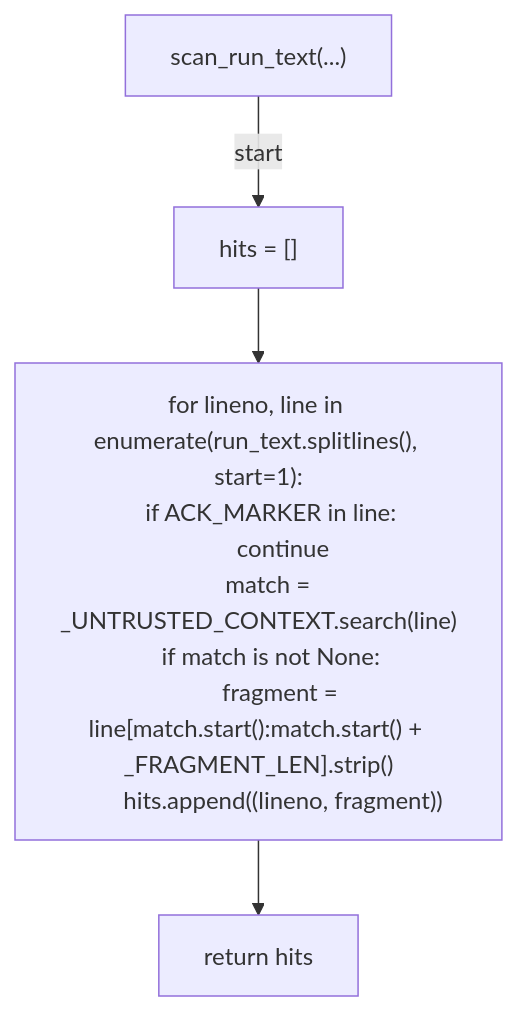
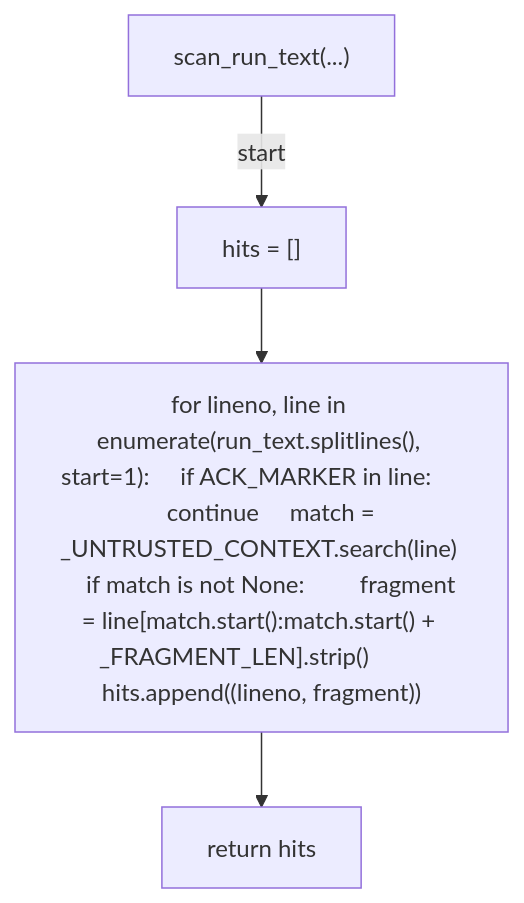
Before and after one commit to tvna/claude-md: the third of 6 diagrams in docs/generated/scripts/ast/scan_workflow_injection.md, drawn with Mermaid. The commit also changed other lines of this file and 23 other files, not shown here.

First line of the commit message:
docs(generated): regenerate decision tree and workflow diagrams (batch 4/5)

````diff
--- a/docs/generated/scripts/ast/scan_workflow_injection.md
+++ b/docs/generated/scripts/ast/scan_workflow_injection.md
@@ -55,16 +35,10 @@
 ```mermaid
 flowchart TD
     N001["scan_run_text(...)"]
     N002["hits = []"]
-    N003["for lineno, line in enumerate(run_text.splitlines(), start=1):
-    if ACK_MARKER in line:
-        continue
-    match = _UNTRUSTED_CONTEXT.search(line)
-    if match is not None:
-        fragment = line[match.start():match.start() + _FRAGMENT_LEN].strip()
-        hits.append((lineno, fragment))"]
+    N003["for lineno, line in enumerate(run_text.splitlines(), start=1):     if ACK_MARKER in line:         continue     match = _UNTRUSTED_CONTEXT.search(line)     if match is not None:         fragment = line[match.start():match.start() + _FRAGMENT_LEN].strip()         hits.append((lineno, fragment))"]
     N004["return hits"]
     N001 -->|"start"| N002
     N002 --> N003
     N003 --> N004
 ```
````
